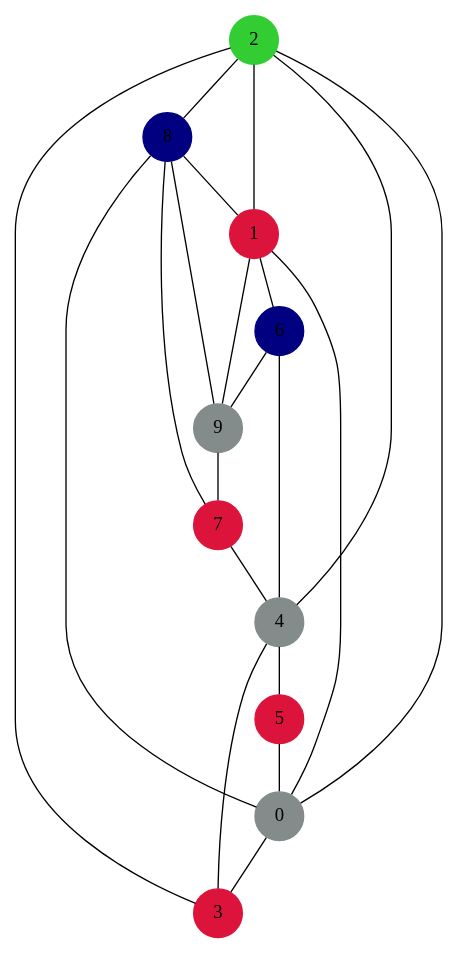
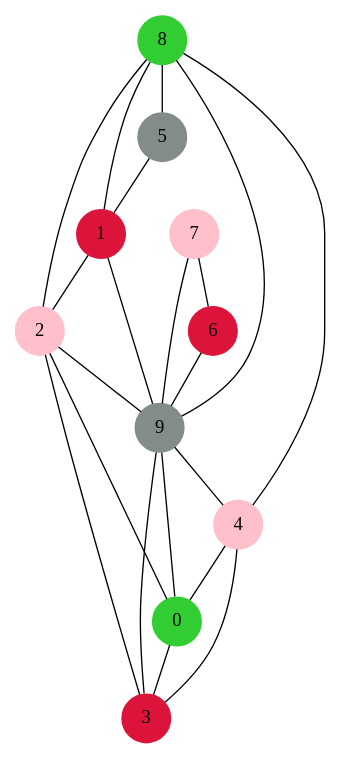
One commit to zakoo20122/gceda changed the diagram in ts.dot. Above: the diagram before and after it, drawn with Graphviz. The commit also changed 5 other files, not shown here.

```diff
--- a/ts.dot
+++ b/ts.dot
@@ -1,33 +1,33 @@
 graph G { 
 graph [splines = true] node [height=0.4 shape=circle style=filled]
 3 [ color= crimson] ;
-2 [ color= limegreen] ;
+2 [ color= pink] ;
 1 [ color= crimson] ;
-0 [ color= azure4] ;
-7 [ color= crimson] ;
-6 [ color= navyblue] ;
-5 [ color= crimson] ;
-4 [ color= azure4] ;
+0 [ color= limegreen] ;
+7 [ color= pink] ;
+6 [ color= crimson] ;
+5 [ color= azure4] ;
+4 [ color= pink] ;
 9 [ color= azure4] ;
-8 [ color= navyblue] ;
-2 -- 8;
+8 [ color= limegreen] ;
+2 -- 9;
 2 -- 3;
-2 -- 4;
-2 -- 1;
 2 -- 0;
-1 -- 6;
+1 -- 2;
 1 -- 9;
-1 -- 0;
 0 -- 3;
-7 -- 4;
+7 -- 6;
+7 -- 9;
 6 -- 9;
-6 -- 4;
-5 -- 0;
-4 -- 5;
+5 -- 1;
+4 -- 0;
 4 -- 3;
-9 -- 7;
-8 -- 7;
+9 -- 4;
+9 -- 0;
+9 -- 3;
+8 -- 5;
 8 -- 1;
+8 -- 2;
+8 -- 4;
 8 -- 9;
-8 -- 0;
 }
```
